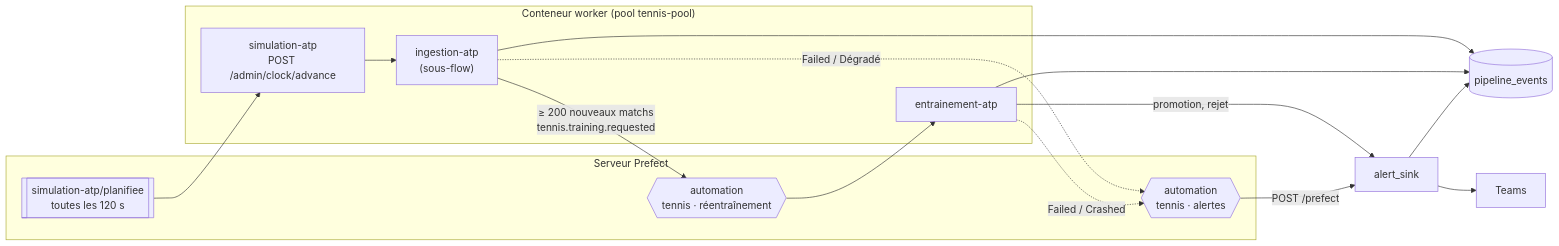
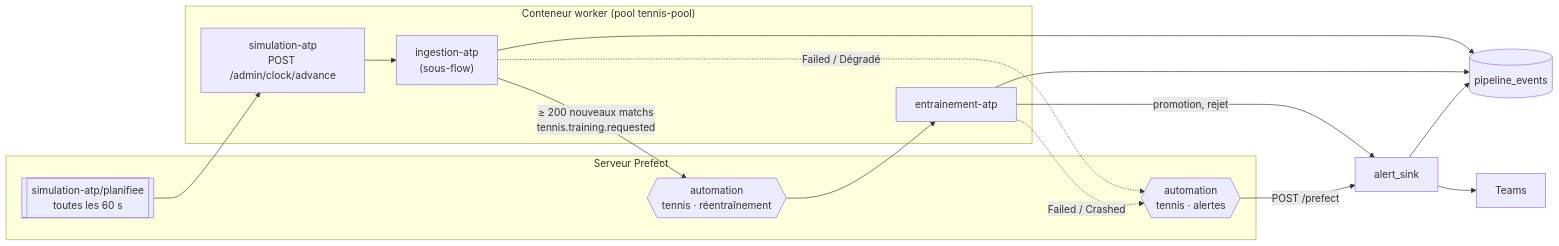
The diagram in docs/ORCHESTRATION.md (lulu38m/5MLDE-projet-tennis), drawn with Mermaid before and after one commit. The commit also changed other lines of this file and 37 other files, not shown here.

````diff
--- a/docs/ORCHESTRATION.md
+++ b/docs/ORCHESTRATION.md
@@ -13,20 +13,20 @@
 ```mermaid
 flowchart LR
     subgraph Prefect["Serveur Prefect"]
-        S[["simulation-atp/planifiee<br/>toutes les 120 s"]]
+        S[["simulation-atp/planifiee<br/>toutes les 60 s"]]
         A1{{"automation<br/>tennis · réentraînement"}}
         A2{{"automation<br/>tennis · alertes"}}
     end
     subgraph Worker["Conteneur worker (pool tennis-pool)"]
         SIM["simulation-atp<br/>POST /admin/clock/advance"] --> ING["ingestion-atp<br/>(sous-flow)"]
         TR["entrainement-atp"]
     end
     S --> SIM
     ING -- "≥ 200 nouveaux matchs<br/>tennis.training.requested" --> A1 --> TR
     ING -. "Failed / Dégradé" .-> A2
     TR -. "Failed / Crashed" .-> A2
     A2 -- "POST /prefect" --> SINK["alert_sink"] --> T["Teams"]
     TR -- "promotion, rejet" --> SINK
     ING & TR --> EV[("pipeline_events")]
     SINK --> EV
 ```
````
